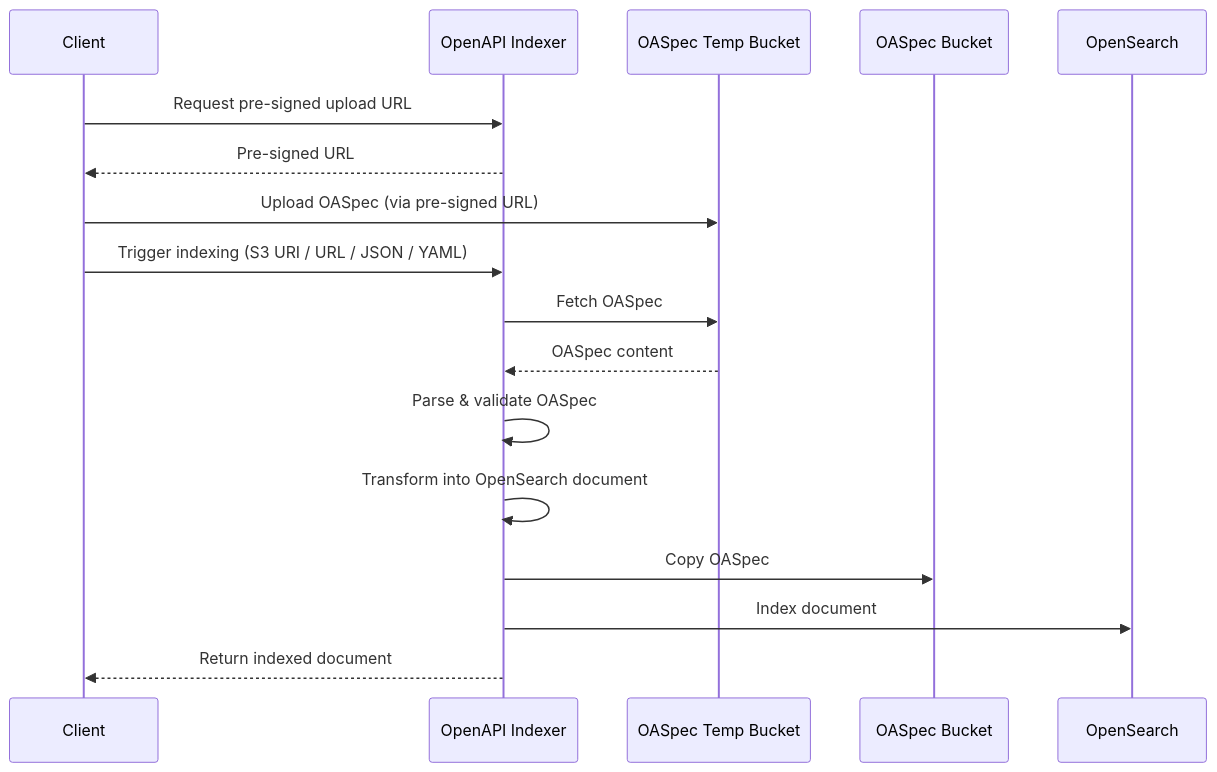
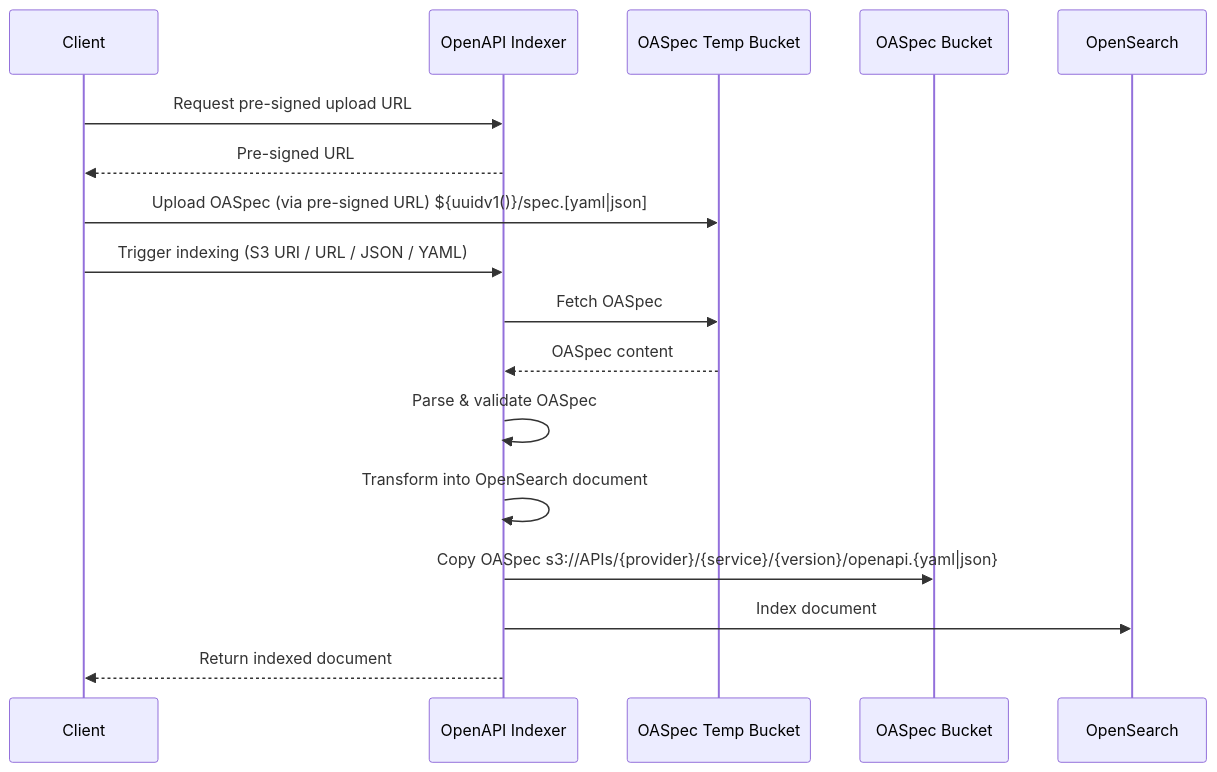
One commit to derrickfutschik/derrops-lib changed the second of 2 diagrams in apps/slaops-cloud/src/openapi-indexer/README.md. Above: the diagram before and after it, drawn with Mermaid. The commit also changed 2 other files, not shown here.

Commit message:
openapi key refactor

````diff
--- a/apps/slaops-cloud/src/openapi-indexer/README.md
+++ b/apps/slaops-cloud/src/openapi-indexer/README.md
@@ -55,25 +55,25 @@
 ```mermaid
 sequenceDiagram
     participant C as Client
     participant I as OpenAPI Indexer
     participant S3T as OASpec Temp Bucket
     participant S3 as OASpec Bucket
     participant OS as OpenSearch
 
     C->>I: Request pre-signed upload URL
     I-->>C: Pre-signed URL
 
-    C->>S3T: Upload OASpec (via pre-signed URL)
+    C->>S3T: Upload OASpec (via pre-signed URL) ${uuidv1()}/spec.[yaml|json]
 
     C->>I: Trigger indexing (S3 URI / URL / JSON / YAML)
     I->>S3T: Fetch OASpec
     S3T-->>I: OASpec content
 
     I->>I: Parse & validate OASpec
     I->>I: Transform into OpenSearch document
 
-    I->>S3: Copy OASpec
+    I->>S3: Copy OASpec s3://APIs/{provider}/{service}/{version}/openapi.{yaml|json}
     I->>OS: Index document
 
     I-->>C: Return indexed document
 ```
````
